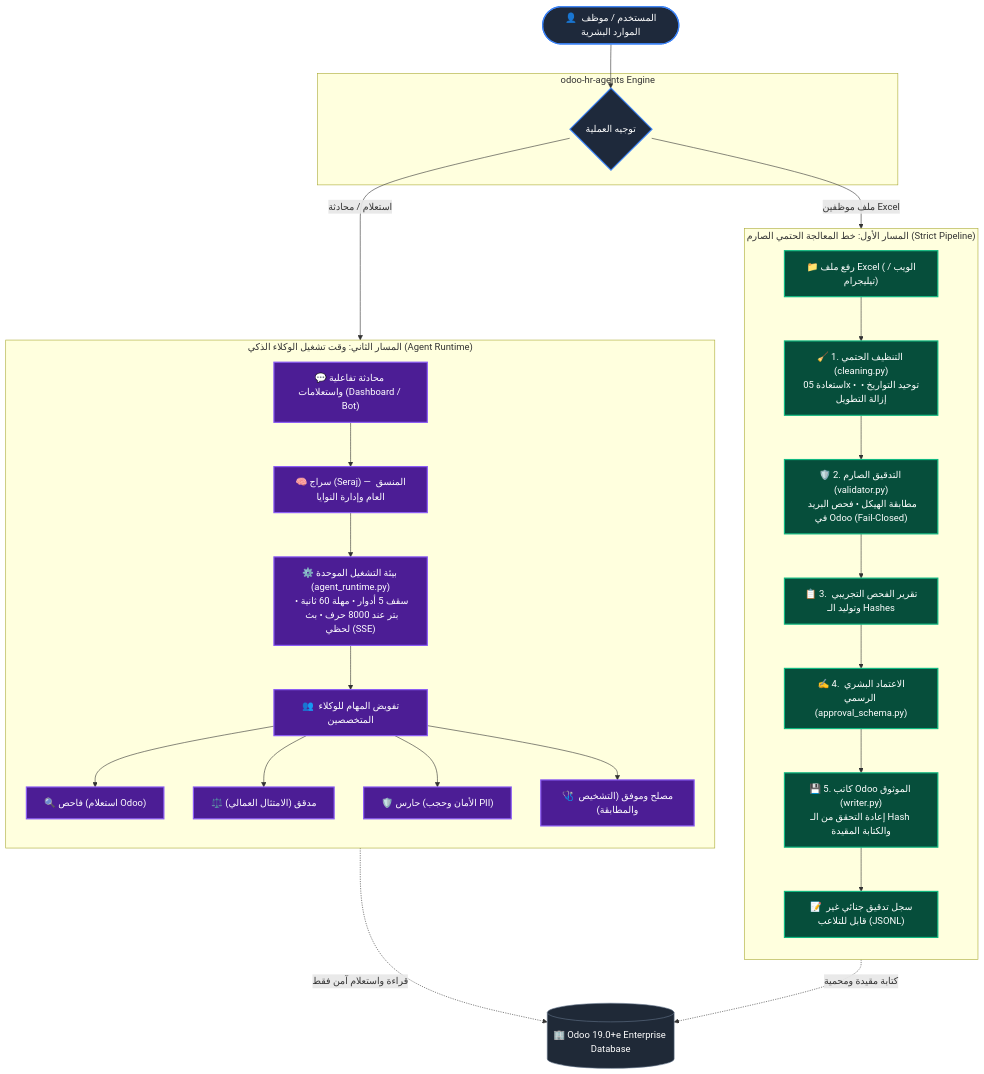
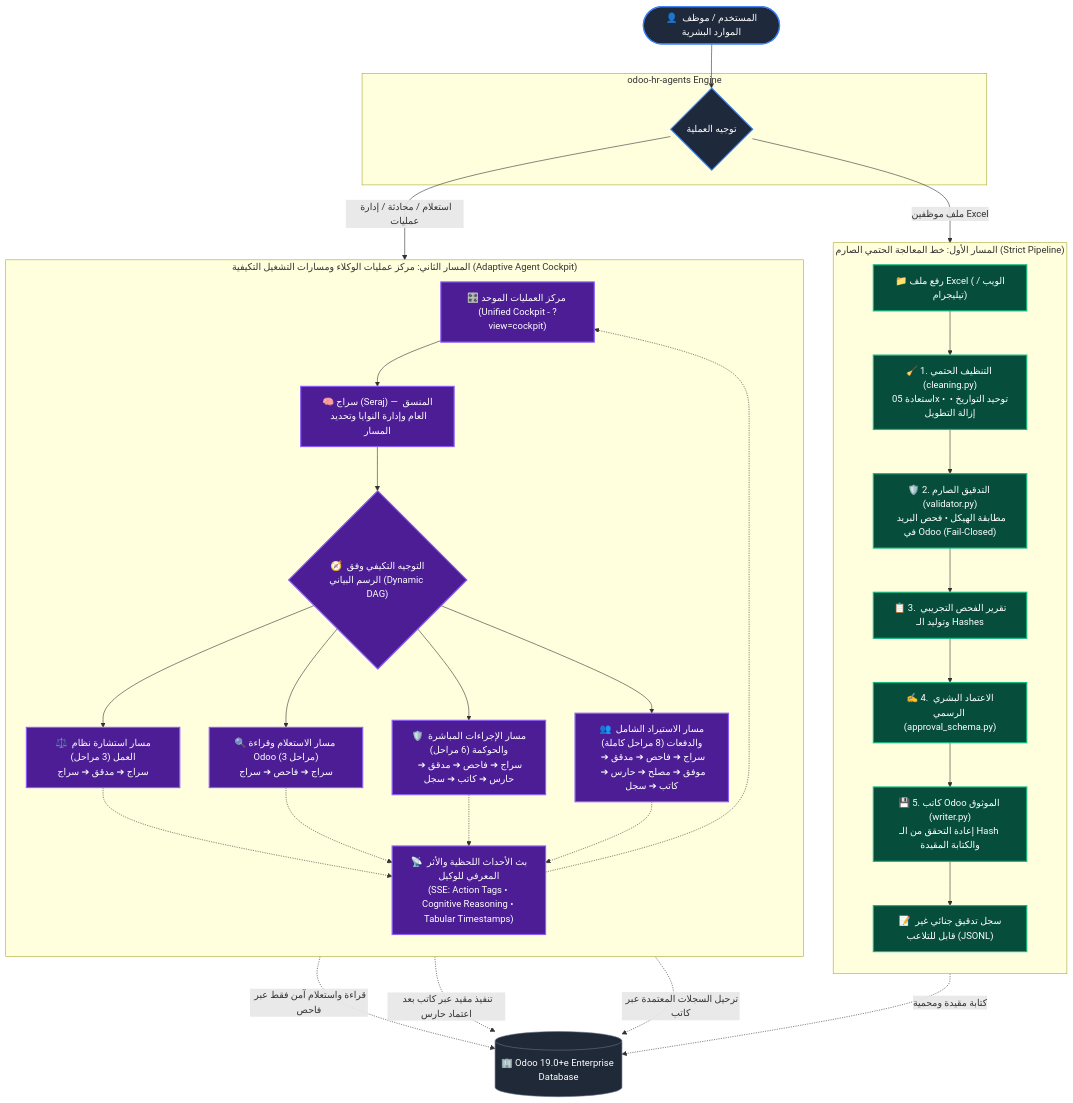
Before and after one commit to 7cc8/odoo-hr-agents: the first of 2 diagrams in README.md, drawn with Mermaid. The commit also changed other lines of this file and 67 other files, not shown here.

First line of the commit message:
feat(cockpit): integrate adaptive dynamic DAG journey, cognitive timeline, and architecture docs

````diff
--- a/README.md
+++ b/README.md
@@ -62,53 +62,68 @@
 ```mermaid
 flowchart TD
     classDef primary fill:#1e293b,stroke:#3b82f6,stroke-width:2px,color:#fff
     classDef strict fill:#064e3b,stroke:#10b981,stroke-width:2px,color:#fff
     classDef agent fill:#4c1d95,stroke:#8b5cf6,stroke-width:2px,color:#fff
     classDef result fill:#1f2937,stroke:#64748b,stroke-width:1px,color:#fff
 
     User(["👤 المستخدم / موظف الموارد البشرية"])
     
     subgraph Core ["odoo-hr-agents Engine"]
         Router{"توجيه العملية"}
     end
 
     subgraph Track1 ["المسار الأول: خط المعالجة الحتمي الصارم (Strict Pipeline)"]
         direction TB
         Upload["📁 رفع ملف Excel (الويب / تيليجرام)"]
         Cleaning["🧹 1. التنظيف الحتمي (cleaning.py)<br/>استعادة 05x • توحيد التواريخ • إزالة التطويل"]
         Validation["🛡️ 2. التدقيق الصارم (validator.py)<br/>مطابقة الهيكل • فحص البريد في Odoo (Fail-Closed)"]
         DryRun["📋 3. تقرير الفحص التجريبي وتوليد الـ Hashes"]
         Approval["✍️ 4. الاعتماد البشري الرسمي (approval_schema.py)"]
         Writer["💾 5. كاتب Odoo الموثوق (writer.py)<br/>إعادة التحقق من الـ Hash والكتابة المقيدة"]
         SijilLog["📝 سجل تدقيق جنائي غير قابل للتلاعب (JSONL)"]
 
         Upload --> Cleaning --> Validation --> DryRun --> Approval --> Writer --> SijilLog
     end
 
-    subgraph Track2 ["المسار الثاني: وقت تشغيل الوكلاء الذكي (Agent Runtime)"]
+    subgraph Track2 ["المسار الثاني: مركز عمليات الوكلاء ومسارات التشغيل التكيفية (Adaptive Agent Cockpit)"]
         direction TB
-        ChatInput["💬 محادثة تفاعلية واستعلامات (Dashboard / Bot)"]
-        Seraj["🧠 سراج (Seraj) — المنسق العام وإدارة النوايا"]
-        Runtime["⚙️ بيئة التشغيل الموحدة (agent_runtime.py)<br/>سقف 5 أدوار • مهلة 60 ثانية • بتر عند 8000 حرف • بث لحظي (SSE)"]
-        AgentsPool["👥 تفويض المهام للوكلاء المتخصصين"]
+        Cockpit["🎛️ مركز العمليات الموحد (Unified Cockpit - ?view=cockpit)"]
+        Seraj["🧠 سراج (Seraj) — المنسق العام وإدارة النوايا وتحديد المسار"]
+        RouterDAG{"🧭 التوجيه التكيفي وفق الرسم البياني (Dynamic DAG)"}
         
-        ChatInput --> Seraj --> Runtime --> AgentsPool
-        AgentsPool --> Fahas["🔍 فاحص (استعلام Odoo)"]
-        AgentsPool --> Mudaqqiq["⚖️ مدقق (الامتثال العمالي)"]
-        AgentsPool --> Hares["🛡️ حارس (الأمان وحجب PII)"]
-        AgentsPool --> Musleh["🩺 مصلح وموفق (التشخيص والمطابقة)"]
+        Cockpit --> Seraj --> RouterDAG
+        
+        Path1["⚖️ مسار استشارة نظام العمل (3 مراحل)<br/>سراج ➔ مدقق ➔ سراج"]
+        Path2["🔍 مسار الاستعلام وقراءة Odoo (3 مراحل)<br/>سراج ➔ فاحص ➔ سراج"]
+        Path3["🛡️ مسار الإجراءات المباشرة والحوكمة (6 مراحل)<br/>سراج ➔ فاحص ➔ مدقق ➔ حارس ➔ كاتب ➔ سجل"]
+        Path4["👥 مسار الاستيراد الشامل والدفعات (8 مراحل كاملة)<br/>سراج ➔ فاحص ➔ مدقق ➔ موفق ➔ مصلح ➔ حارس ➔ كاتب ➔ سجل"]
+        
+        RouterDAG --> Path1
+        RouterDAG --> Path2
+        RouterDAG --> Path3
+        RouterDAG --> Path4
+        
+        EventsStream["📡 بث الأحداث اللحظية والأثر المعرفي للوكيل<br/>(SSE: Action Tags • Cognitive Reasoning • Tabular Timestamps)"]
+        
+        Path1 -.-> EventsStream
+        Path2 -.-> EventsStream
+        Path3 -.-> EventsStream
+        Path4 -.-> EventsStream
+        EventsStream -.-> Cockpit
     end
 
     OdooDB[("🏢 Odoo 19.0+e Enterprise Database")]
 
     User --> Router
     Router -->|ملف موظفين Excel| Upload
-    Router -->|استعلام / محادثة| ChatInput
+    Router -->|استعلام / محادثة / إدارة عمليات| Cockpit
     Writer -.->|كتابة مقيدة ومحمية| OdooDB
-    Fahas -.->|قراءة واستعلام آمن فقط| OdooDB
+    Path2 -.->|قراءة واستعلام آمن فقط عبر فاحص| OdooDB
+    Path3 -.->|تنفيذ مقيد عبر كاتب بعد اعتماد حارس| OdooDB
+    Path4 -.->|ترحيل السجلات المعتمدة عبر كاتب| OdooDB
 
     class User,Router primary
     class Upload,Cleaning,Validation,DryRun,Approval,Writer,SijilLog strict
-    class ChatInput,Seraj,Runtime,AgentsPool,Fahas,Mudaqqiq,Hares,Musleh agent
+    class Cockpit,Seraj,RouterDAG,Path1,Path2,Path3,Path4,EventsStream agent
     class OdooDB result
 ```
````
